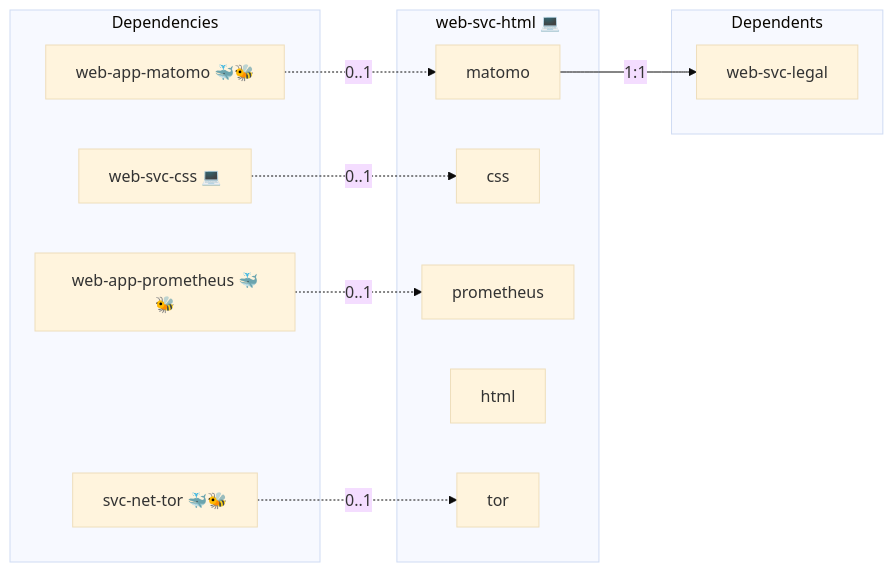
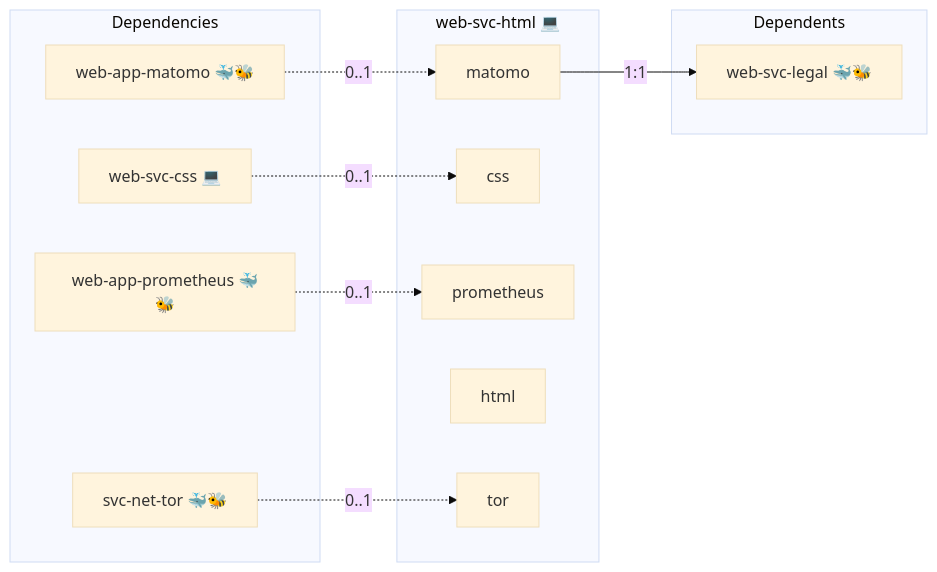
Before and after one commit to infinito-nexus/core: the diagram in roles/web-svc-html/README.md, drawn with Mermaid (base theme). The commit also changed 367 other files, not shown here.

````diff
--- a/roles/web-svc-html/README.md
+++ b/roles/web-svc-html/README.md
@@ -23,24 +23,24 @@
 ```mermaid
 flowchart LR
     subgraph deps [Dependencies]
         dep_svc_net_tor["svc-net-tor 🐳🐝"]
         dep_web_app_matomo["web-app-matomo 🐳🐝"]
         dep_web_app_prometheus["web-app-prometheus 🐳🐝"]
         dep_web_svc_css["web-svc-css 💻"]
     end
     subgraph role [web-svc-html 💻]
         svc_matomo["matomo"]
         svc_css["css"]
         svc_prometheus["prometheus"]
         svc_html["html"]
         svc_tor["tor"]
     end
     subgraph dependents [Dependents]
-        dpt_web_svc_legal["web-svc-legal"]
+        dpt_web_svc_legal["web-svc-legal 🐳🐝"]
     end
     dep_svc_net_tor -. "0..1" .-> svc_tor
     dep_web_app_matomo -. "0..1" .-> svc_matomo
     dep_web_app_prometheus -. "0..1" .-> svc_prometheus
     dep_web_svc_css -. "0..1" .-> svc_css
     svc_matomo -- "1:1" --> dpt_web_svc_legal
 ```
````
